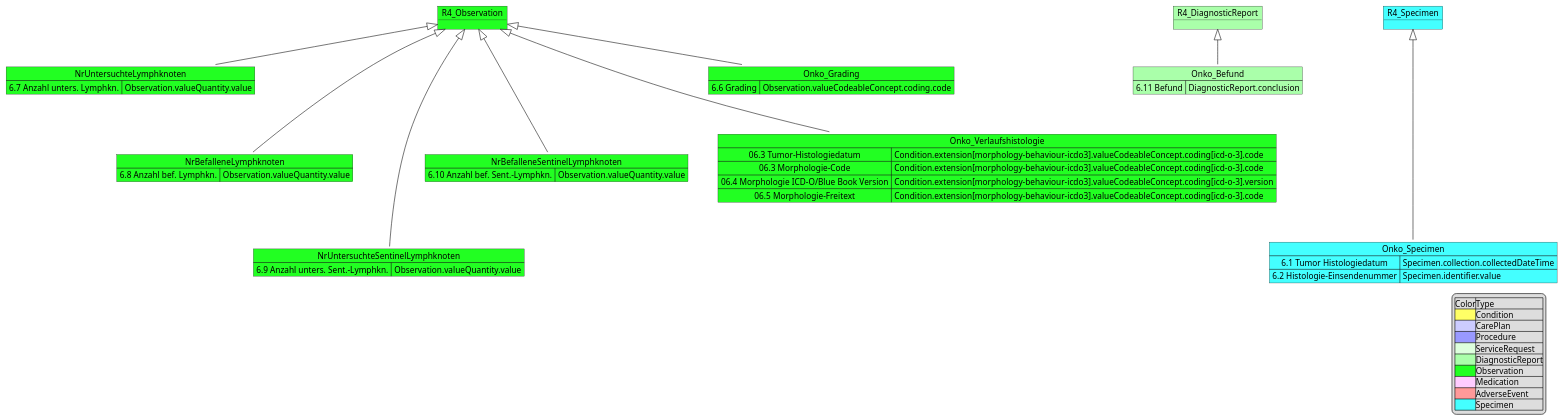
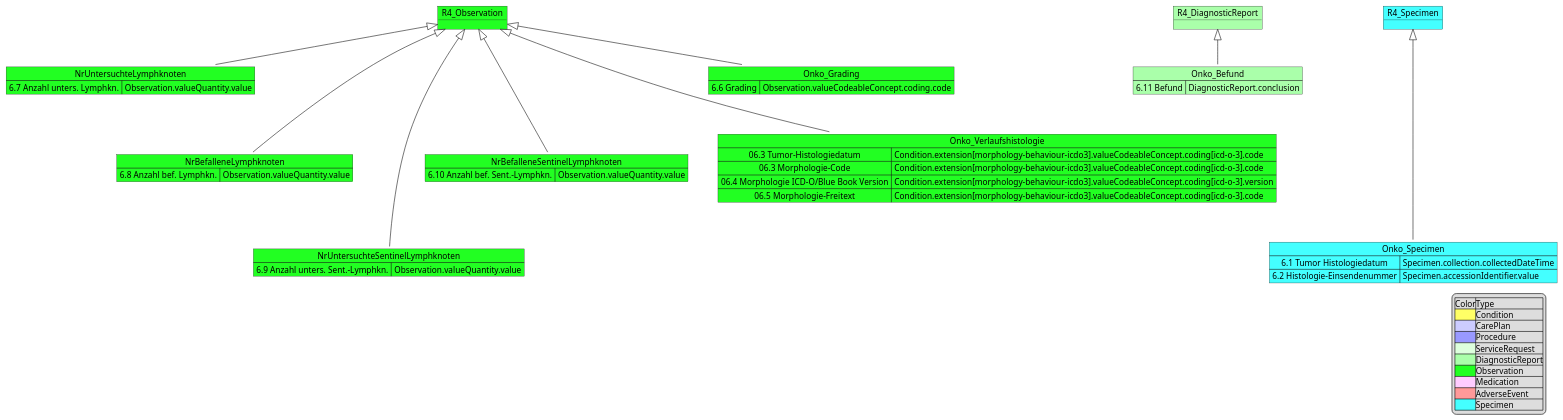
One commit to medizininformatik-initiative/kerndatensatzmodul-onkologie changed the diagram in input/images-source/MII_Onko_06_Histologie.pu. Above: the diagram before and after it, drawn with PlantUML.

Commit message:
corrected identifier to accessionIdentifier

```diff
--- a/input/images-source/MII_Onko_06_Histologie.pu
+++ b/input/images-source/MII_Onko_06_Histologie.pu
@@ -1,74 +1,74 @@
 @startuml MII_Onko_06_Histologie
 
 object R4_Observation #22FF22
 
 Map  NrUntersuchteLymphknoten #22FF22 {
     6.7 Anzahl unters. Lymphkn. => Observation.valueQuantity.value
 }
 
 R4_Observation <|-down- NrUntersuchteLymphknoten
 
 Map NrBefalleneLymphknoten #22FF22 {
 6.8 Anzahl bef. Lymphkn. => Observation.valueQuantity.value
 }
 R4_Observation <|-down-- NrBefalleneLymphknoten
 
 
 Map NrUntersuchteSentinelLymphknoten  #22FF22{
 6.9 Anzahl unters. Sent.-Lymphkn. => Observation.valueQuantity.value
 }
 
 R4_Observation <|-down--- NrUntersuchteSentinelLymphknoten
 
 Map NrBefalleneSentinelLymphknoten  #22FF22{
 6.10 Anzahl bef. Sent.-Lymphkn. => Observation.valueQuantity.value
 }
 R4_Observation <|-down-- NrBefalleneSentinelLymphknoten
 
 Map Onko_Verlaufshistologie #22FF22 {
     06.3 Tumor-Histologiedatum=> Condition.extension[morphology-behaviour-icdo3].valueCodeableConcept.coding[icd-o-3].code
     06.3 Morphologie-Code => Condition.extension[morphology-behaviour-icdo3].valueCodeableConcept.coding[icd-o-3].code
     06.4 Morphologie ICD-O/Blue Book Version => Condition.extension[morphology-behaviour-icdo3].valueCodeableConcept.coding[icd-o-3].version
     06.5 Morphologie-Freitext => Condition.extension[morphology-behaviour-icdo3].valueCodeableConcept.coding[icd-o-3].code
 }
 
 R4_Observation <|-down-- Onko_Verlaufshistologie
 
 
 Map Onko_Grading #22FF22 {
 6.6 Grading =>Observation.valueCodeableConcept.coding.code
 }
 R4_Observation <|-- Onko_Grading
 
 Map Onko_Befund #AAFFAA{
 6.11 Befund => DiagnosticReport.conclusion
 }
 
  
 object R4_DiagnosticReport #AAFFAA
 R4_DiagnosticReport <|-- Onko_Befund 
 
 Map Onko_Specimen #44FFFF {
 6.1 Tumor Histologiedatum => Specimen.collection.collectedDateTime
-6.2 Histologie-Einsendenummer => Specimen.identifier.value
+6.2 Histologie-Einsendenummer => Specimen.accessionIdentifier.value
 }
 
 object R4_Specimen #44FFFF
 R4_Specimen <|---- Onko_Specimen
 
 legend right 
 |Color|Type|
 |<#FFFF66>|Condition|
 |<#CCCCFF>|CarePlan|
 |<#9999FF>|Procedure|
 |<#DDFFDD>|ServiceRequest|
 |<#AAFFAA>|DiagnosticReport|
 |<#22FF22>|Observation|
 |<#FFCCFF>|Medication|
 |<#FF9999>|AdverseEvent|
 |<#44FFFF>|Specimen|
 endlegend
 
 
 
 @enduml
```
